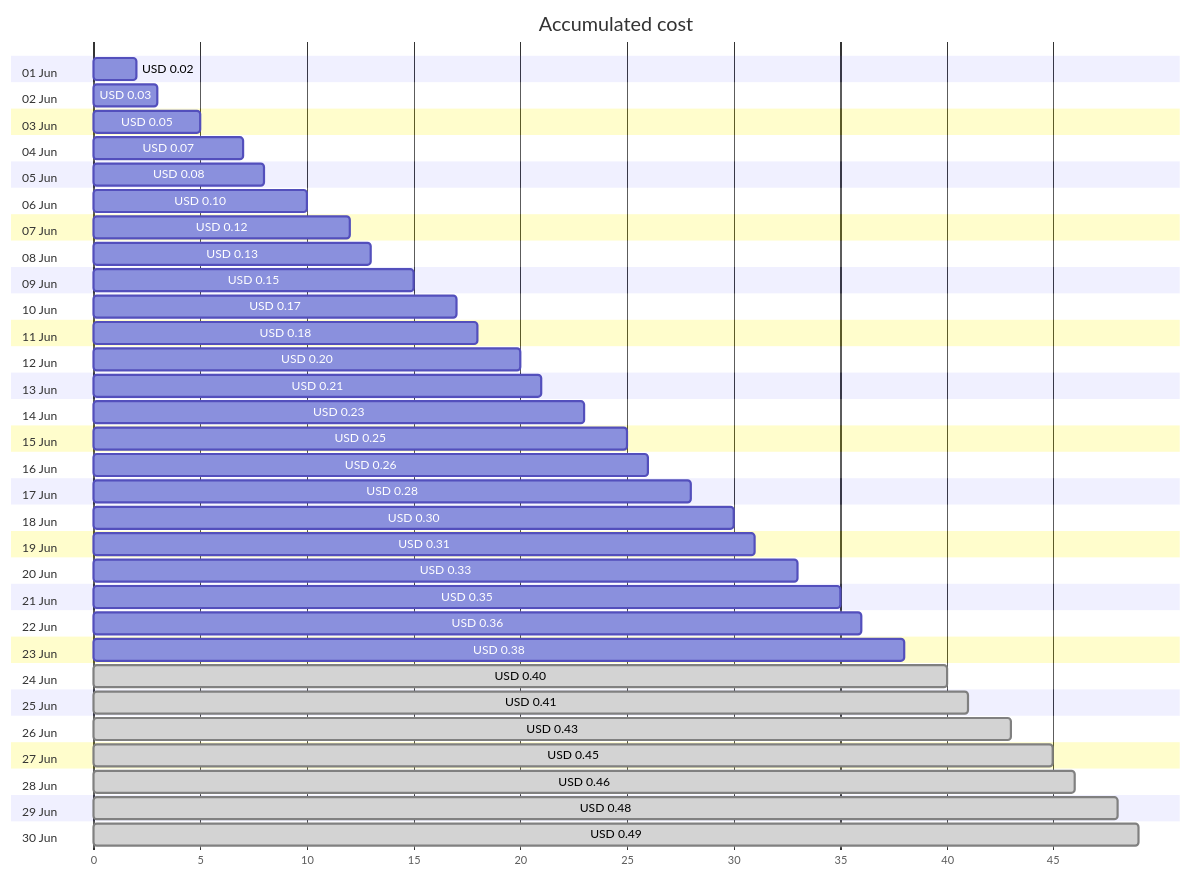
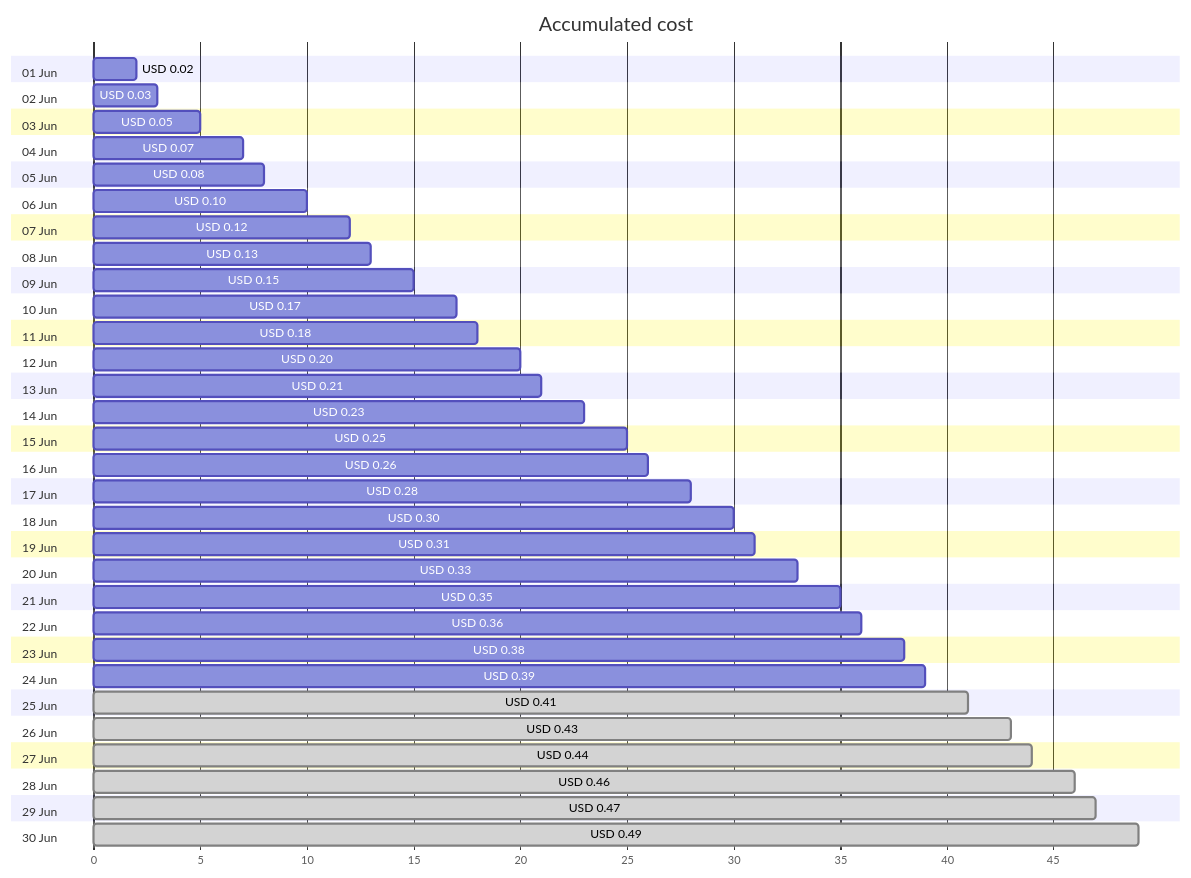
The first of 4 diagrams in cost-reports/personal-dns/jpatrickfulton.dev.md (jpfulton/azure-personal-reports), drawn with Mermaid before and after one commit. The commit also changed other lines of this file and 2 other files, not shown here.

````diff
--- a/cost-reports/personal-dns/jpatrickfulton.dev.md
+++ b/cost-reports/personal-dns/jpatrickfulton.dev.md
@@ -20,66 +20,66 @@
 ```mermaid
 gantt
    title Accumulated cost
    dateFormat  X
    axisFormat %s
    section 01 Jun
    USD 0.02 :0, 2
    section 02 Jun
    USD 0.03 :0, 3
    section 03 Jun
    USD 0.05 :0, 5
    section 04 Jun
    USD 0.07 :0, 7
    section 05 Jun
    USD 0.08 :0, 8
    section 06 Jun
    USD 0.10 :0, 10
    section 07 Jun
    USD 0.12 :0, 12
    section 08 Jun
    USD 0.13 :0, 13
    section 09 Jun
    USD 0.15 :0, 15
    section 10 Jun
    USD 0.17 :0, 17
    section 11 Jun
    USD 0.18 :0, 18
    section 12 Jun
    USD 0.20 :0, 20
    section 13 Jun
    USD 0.21 :0, 21
    section 14 Jun
    USD 0.23 :0, 23
    section 15 Jun
    USD 0.25 :0, 25
    section 16 Jun
    USD 0.26 :0, 26
    section 17 Jun
    USD 0.28 :0, 28
    section 18 Jun
    USD 0.30 :0, 30
    section 19 Jun
    USD 0.31 :0, 31
    section 20 Jun
    USD 0.33 :0, 33
    section 21 Jun
    USD 0.35 :0, 35
    section 22 Jun
    USD 0.36 :0, 36
    section 23 Jun
    USD 0.38 :0, 38
    section 24 Jun
-   USD 0.40 : done, 0, 40
+   USD 0.39 :0, 39
    section 25 Jun
    USD 0.41 : done, 0, 41
    section 26 Jun
    USD 0.43 : done, 0, 43
    section 27 Jun
-   USD 0.45 : done, 0, 45
+   USD 0.44 : done, 0, 44
    section 28 Jun
    USD 0.46 : done, 0, 46
    section 29 Jun
-   USD 0.48 : done, 0, 48
+   USD 0.47 : done, 0, 47
    section 30 Jun
    USD 0.49 : done, 0, 49
 ```
````
